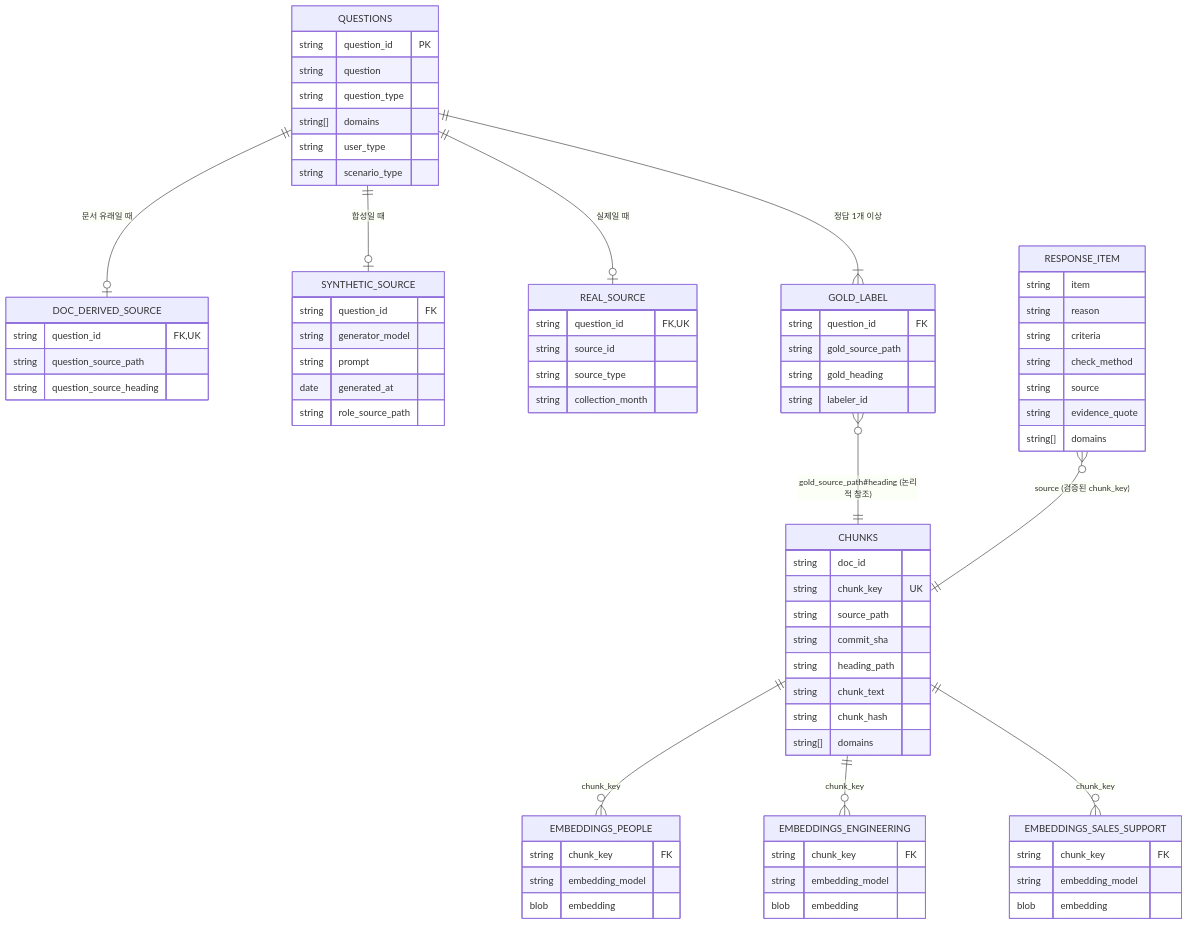
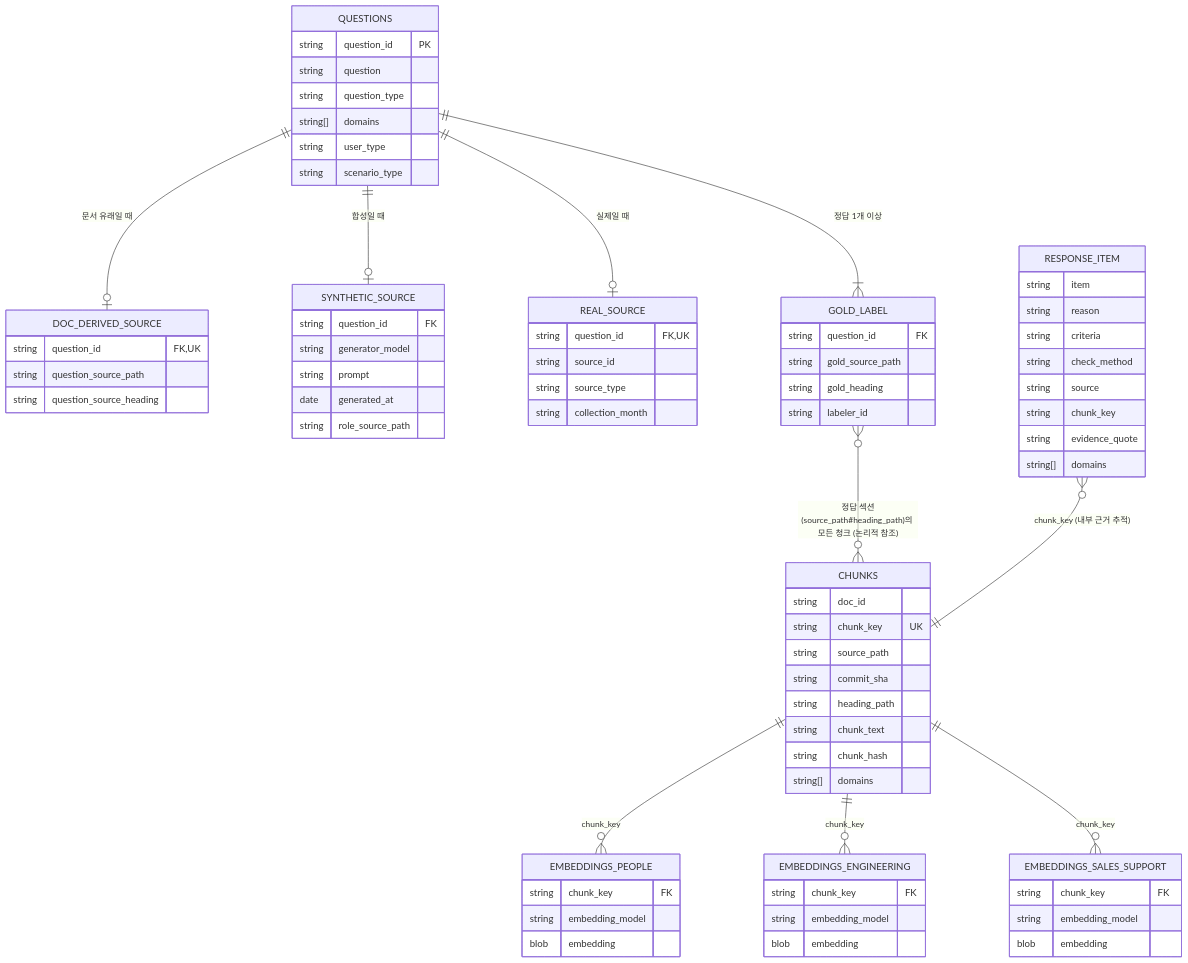
Before and after one commit to jh3779/recall-casebook: the diagram in docs/ERD.md, drawn with Mermaid. The commit also changed other lines of this file and 3 other files, not shown here.

Commit message:
docs: 병합 조건·인수인계 상태·ERD 정답 연결·모델 확정 문구 정정

````diff
--- a/docs/ERD.md
+++ b/docs/ERD.md
@@ -7,79 +7,80 @@
 ```mermaid
 erDiagram
     CHUNKS {
         string doc_id
         string chunk_key UK
         string source_path
         string commit_sha
         string heading_path
         string chunk_text
         string chunk_hash
         string[] domains
     }
     EMBEDDINGS_PEOPLE {
         string chunk_key FK
         string embedding_model
         blob embedding
     }
     EMBEDDINGS_ENGINEERING {
         string chunk_key FK
         string embedding_model
         blob embedding
     }
     EMBEDDINGS_SALES_SUPPORT {
         string chunk_key FK
         string embedding_model
         blob embedding
     }
     QUESTIONS {
         string question_id PK
         string question
         string question_type
         string[] domains
         string user_type
         string scenario_type
     }
     DOC_DERIVED_SOURCE {
         string question_id FK, UK
         string question_source_path
         string question_source_heading
     }
     SYNTHETIC_SOURCE {
         string question_id FK
         string generator_model
         string prompt
         date generated_at
         string role_source_path
     }
     REAL_SOURCE {
         string question_id FK, UK
         string source_id
         string source_type
         string collection_month
     }
     GOLD_LABEL {
         string question_id FK
         string gold_source_path
         string gold_heading
         string labeler_id
     }
     RESPONSE_ITEM {
         string item
         string reason
         string criteria
         string check_method
         string source
+        string chunk_key
         string evidence_quote
         string[] domains
     }
 
     CHUNKS ||--o{ EMBEDDINGS_PEOPLE : "chunk_key"
     CHUNKS ||--o{ EMBEDDINGS_ENGINEERING : "chunk_key"
     CHUNKS ||--o{ EMBEDDINGS_SALES_SUPPORT : "chunk_key"
     QUESTIONS ||--o| DOC_DERIVED_SOURCE : "문서 유래일 때"
     QUESTIONS ||--o| SYNTHETIC_SOURCE : "합성일 때"
     QUESTIONS ||--o| REAL_SOURCE : "실제일 때"
     QUESTIONS ||--|{ GOLD_LABEL : "정답 1개 이상"
-    GOLD_LABEL }o--|| CHUNKS : "gold_source_path#heading (논리적 참조)"
-    RESPONSE_ITEM }o--|| CHUNKS : "source (검증된 chunk_key)"
+    GOLD_LABEL }o--o{ CHUNKS : "정답 섹션(source_path#heading_path)의 모든 청크 (논리적 참조)"
+    RESPONSE_ITEM }o--|| CHUNKS : "chunk_key (내부 근거 추적)"
 ```
````
